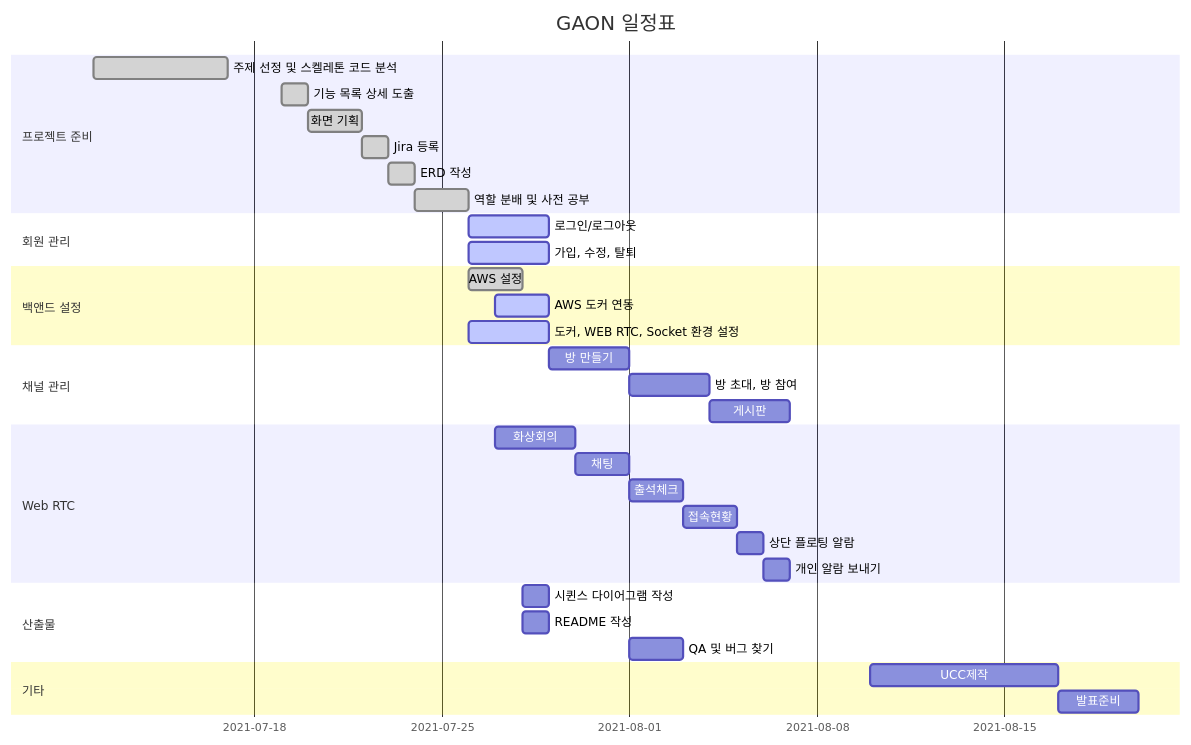
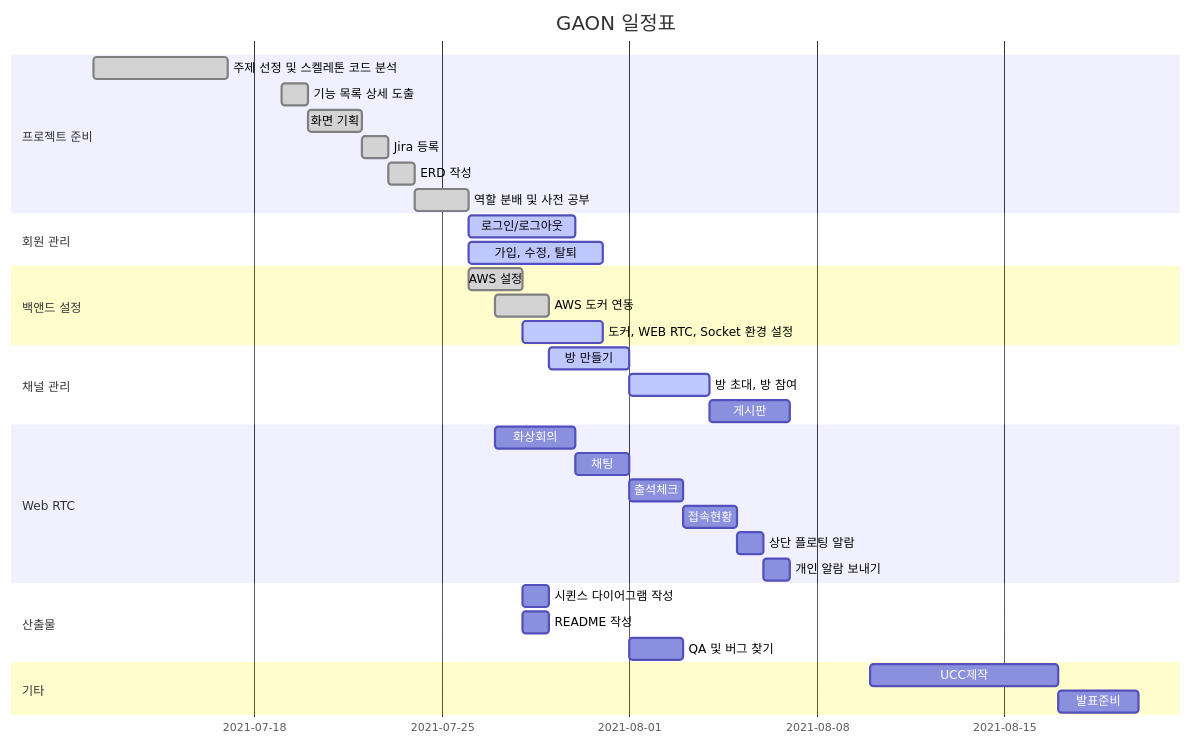
The diagram in README.md (WangHoJin/GAON), drawn with Mermaid before and after one commit.

````diff
--- a/README.md
+++ b/README.md
@@ -5,47 +5,47 @@
 ```mermaid
 gantt
     dateFormat  MM-DD
     title       GAON 일정표
     %% excludes    weekends
     %% (`excludes` accepts specific dates in YYYY-MM-DD format, days of the week ("sunday") or "weekends", but not the word "weekdays".)
 
     section 프로젝트 준비
     주제 선정 및 스켈레톤 코드 분석	:done, 07-12, 5d
     기능 목록 상세 도출		   :done, 07-19, 1d
     화면 기획				  :done,07-20, 2d
    	Jira 등록		: done, 07-22, 1d
     ERD 작성		: done, 07-23, 1d
     역할 분배 및 사전 공부		: done, 07-24, 2d
    
     
 	  section 회원 관리
-    로그인/로그아웃		: active, 07-26, 3d
-    가입, 수정, 탈퇴		 : active, 07-26, 3d
+    로그인/로그아웃		: active, 07-26, 4d
+    가입, 수정, 탈퇴		 : active, 07-26, 5d
      
    section 백앤드 설정
     AWS 설정		:done, 07-26, 2d
-    AWS 도커 연동 : active, 07-27, 2d
-    도커, WEB RTC, Socket 환경 설정		 : active, 07-26, 3d
+    AWS 도커 연동 : done, 07-27, 2d
+    도커, WEB RTC, Socket 환경 설정		 : active, 07-28, 3d
 
     section 채널 관리
-    방 만들기 	: ch1, 07-29, 3d
-    방 초대, 방 참여   :ch2, after ch1, 3d
+    방 만들기 	: active, ch1, 07-29, 3d
+    방 초대, 방 참여   : active, ch2, after ch1, 3d
     게시판 :after ch2, 3d
     
     section Web RTC
     화상회의 : rtc1, 07-27, 3d
     채팅     :rtc2, after rtc1, 2d
     출석체크   : rtc3, after rtc2, 2d
     접속현황  : rtc4, after rtc3, 2d
     상단 플로팅 알람 : rtc5, after rtc4, 1d
     개인 알람 보내기 : after rtc5, 1d
     
     section 산출물
     시퀸스 다이어그램 작성   :07-28, 1d
     README 작성  			:07-28, 1d
     QA 및 버그 찾기  	  :08-01, 2d
     
     section 기타
     UCC제작 :08-10, 7d
     발표준비 :08-17, 3d
 ```
````
